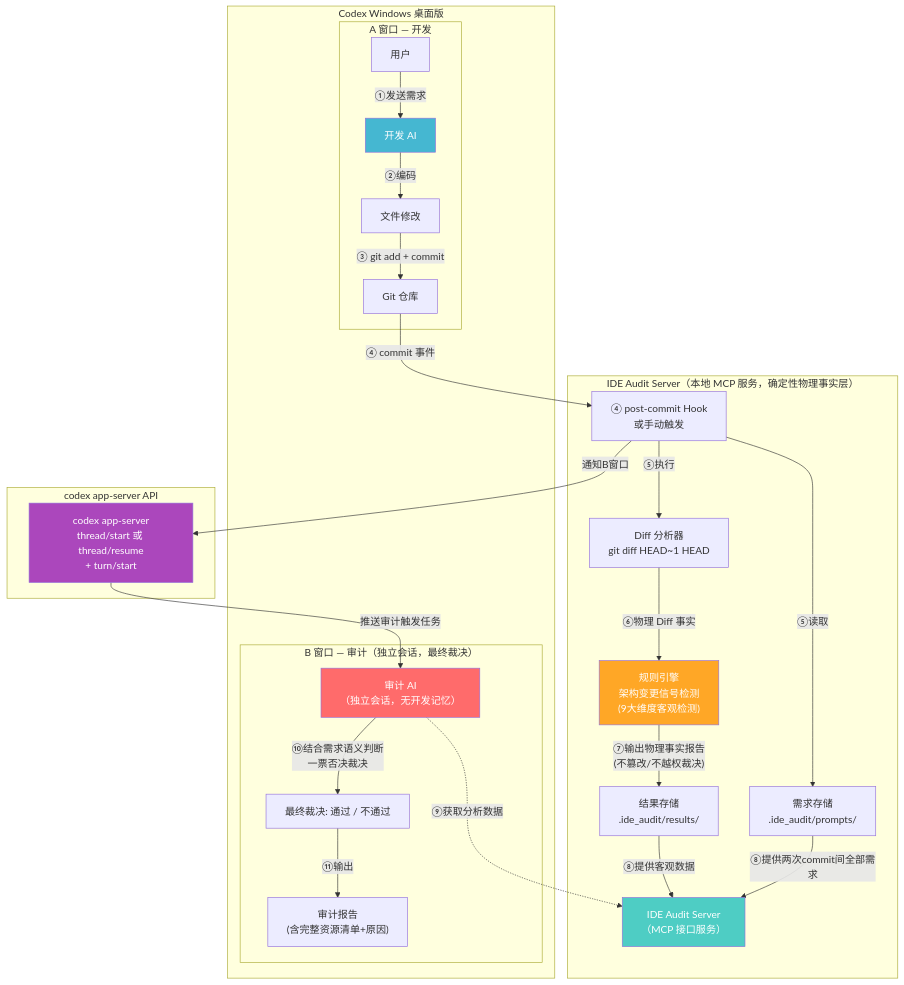
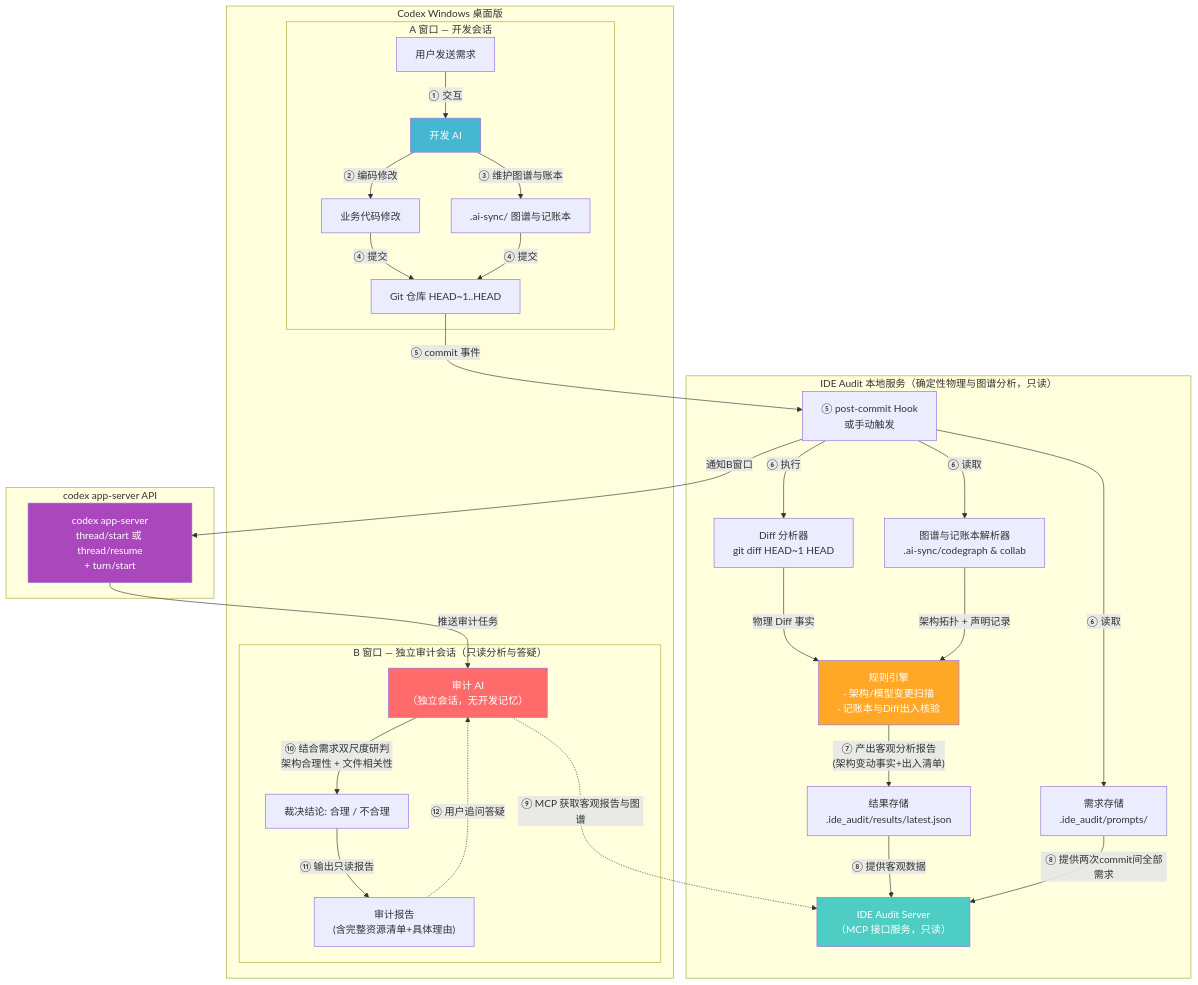
One commit to lndlwh2024/AI_IDE_Audit changed the first of 3 diagrams in docs/PRODUCT_DESIGN.md. Above: the diagram before and after it, drawn with Mermaid. The commit also changed other lines of this file and 1 other file, not shown here.

Commit message:
docs: 更新产品设计与协作规则，确立双尺度研判、图谱分析与记账出入核验架构

````diff
--- a/docs/PRODUCT_DESIGN.md
+++ b/docs/PRODUCT_DESIGN.md
@@ -112,39 +111,44 @@
 ```mermaid
 graph TB
     subgraph CodexDesktop["Codex Windows 桌面版"]
-        subgraph WinDev["A 窗口 — 开发"]
-            User["用户"] -->|"①发送需求"| DevAI["开发 AI"]
-            DevAI -->|"②编码"| Files["文件修改"]
-            Files -->|"③ git add + commit"| Git["Git 仓库"]
+        subgraph WinDev["A 窗口 — 开发会话"]
+            User["用户发送需求"] -->|"① 交互"| DevAI["开发 AI"]
+            DevAI -->|"② 编码修改"| Files["业务代码修改"]
+            DevAI -->|"③ 维护图谱与账本"| SyncData[".ai-sync/ 图谱与记账本"]
+            Files -->|"④ 提交"| Git["Git 仓库 HEAD~1..HEAD"]
+            SyncData -->|"④ 提交"| Git
         end
 
-        subgraph WinAudit["B 窗口 — 审计（独立会话，最终裁决）"]
+        subgraph WinAudit["B 窗口 — 独立审计会话（只读分析与答疑）"]
             AuditAI["审计 AI<br/>（独立会话，无开发记忆）"]
-            AuditAI -->|"⑩结合需求语义判断<br/>一票否决裁决"| Verdict["最终裁决: 通过 / 不通过"]
-            Verdict -->|"⑪输出"| Report["审计报告<br/>(含完整资源清单+原因)"]
+            AuditAI -->|"⑩ 结合需求双尺度研判<br/>架构合理性 + 文件相关性"| Verdict["裁决结论: 合理 / 不合理"]
+            Verdict -->|"⑪ 输出只读报告"| Report["审计报告<br/>(含完整资源清单+具体理由)"]
+            Report -.->|"⑫ 用户追问答疑"| AuditAI
         end
     end
 
-    subgraph AuditLocal["IDE Audit Server（本地 MCP 服务，确定性物理事实层）"]
-        Hook["④ post-commit Hook<br/>或手动触发"] -->|"⑤执行"| Analyzer["Diff 分析器<br/>git diff HEAD~1 HEAD"]
-        Hook -->|"⑤读取"| PromptStore["需求存储<br/>.ide_audit/prompts/"]
-        Analyzer -->|"⑥物理 Diff 事实"| RuleEngine["规则引擎<br/>架构变更信号检测<br/>(9大维度客观检测)"]
-        RuleEngine -->|"⑦输出物理事实报告<br/>(不篡改/不越权裁决)"| ResultStore["结果存储<br/>.ide_audit/results/"]
-        ResultStore -->|"⑧提供客观数据"| IdeAuditServer["IDE Audit Server<br/>（MCP 接口服务）"]
-        PromptStore -->|"⑧提供两次commit间全部需求"| IdeAuditServer
+    subgraph AuditLocal["IDE Audit 本地服务（确定性物理与图谱分析，只读）"]
+        Hook["⑤ post-commit Hook<br/>或手动触发"] -->|"⑥ 执行"| Analyzer["Diff 分析器<br/>git diff HEAD~1 HEAD"]
+        Hook -->|"⑥ 读取"| PromptStore["需求存储<br/>.ide_audit/prompts/"]
+        Hook -->|"⑥ 读取"| GraphLoader["图谱与记账本解析器<br/>.ai-sync/codegraph & collab"]
+        Analyzer -->|"物理 Diff 事实"| RuleEngine["规则引擎<br/>· 架构/模型变更扫描<br/>· 记账本与Diff出入核验"]
+        GraphLoader -->|"架构拓扑 + 声明记录"| RuleEngine
+        RuleEngine -->|"⑦ 产出客观分析报告<br/>(架构变动事实+出入清单)"| ResultStore["结果存储<br/>.ide_audit/results/latest.json"]
+        ResultStore -->|"⑧ 提供客观数据"| IdeAuditServer["IDE Audit Server<br/>（MCP 接口服务，只读）"]
+        PromptStore -->|"⑧ 提供两次commit间全部需求"| IdeAuditServer
     end
 
     subgraph CodexSystem["codex app-server API"]
         Hook -->|"通知B窗口"| AppServer["codex app-server<br/>thread/start 或 thread/resume<br/>+ turn/start"]
-        AppServer -->|"推送审计触发任务"| AuditAI
+        AppServer -->|"推送审计任务"| AuditAI
     end
 
-    Git -->|"④ commit 事件"| Hook
-    AuditAI -.->|"⑨获取分析数据"| IdeAuditServer
+    Git -->|"⑤ commit 事件"| Hook
+    AuditAI -.->|"⑨ MCP 获取客观报告与图谱"| IdeAuditServer
 
     style DevAI fill:#45b7d1,color:#fff
     style AuditAI fill:#ff6b6b,color:#fff
     style IdeAuditServer fill:#4ecdc4,color:#fff
     style RuleEngine fill:#ffa726,color:#fff
     style AppServer fill:#ab47bc,color:#fff
 ```
````
